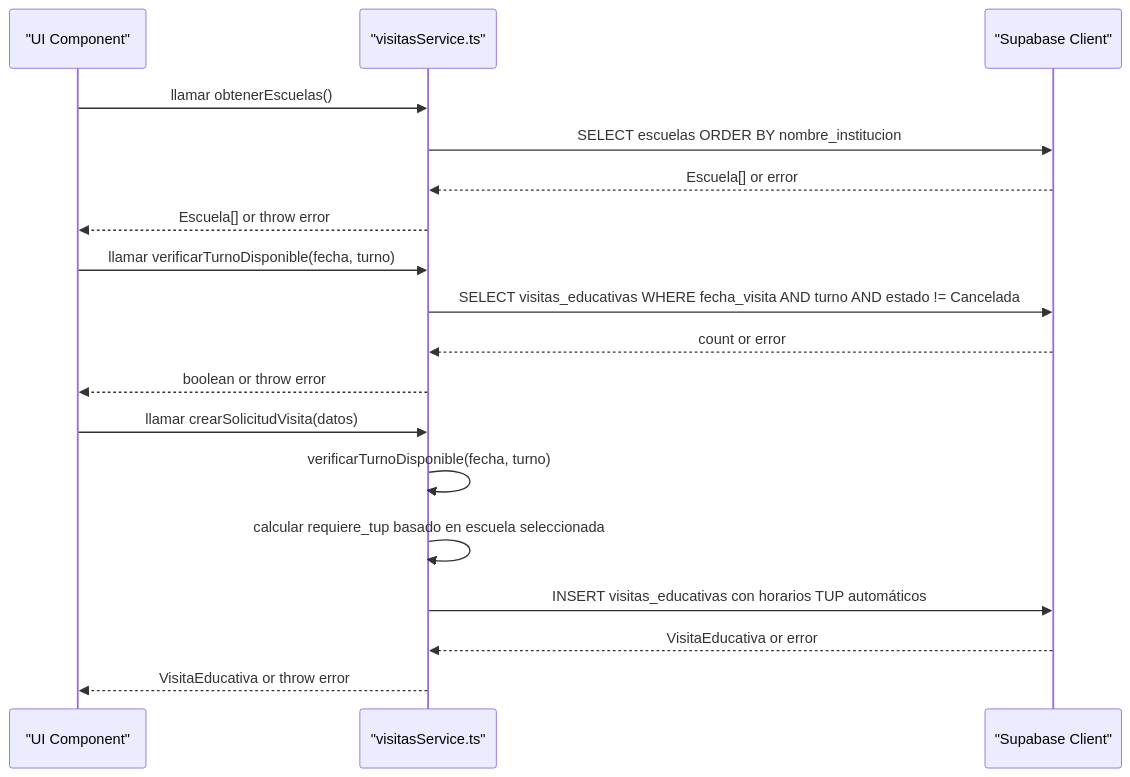
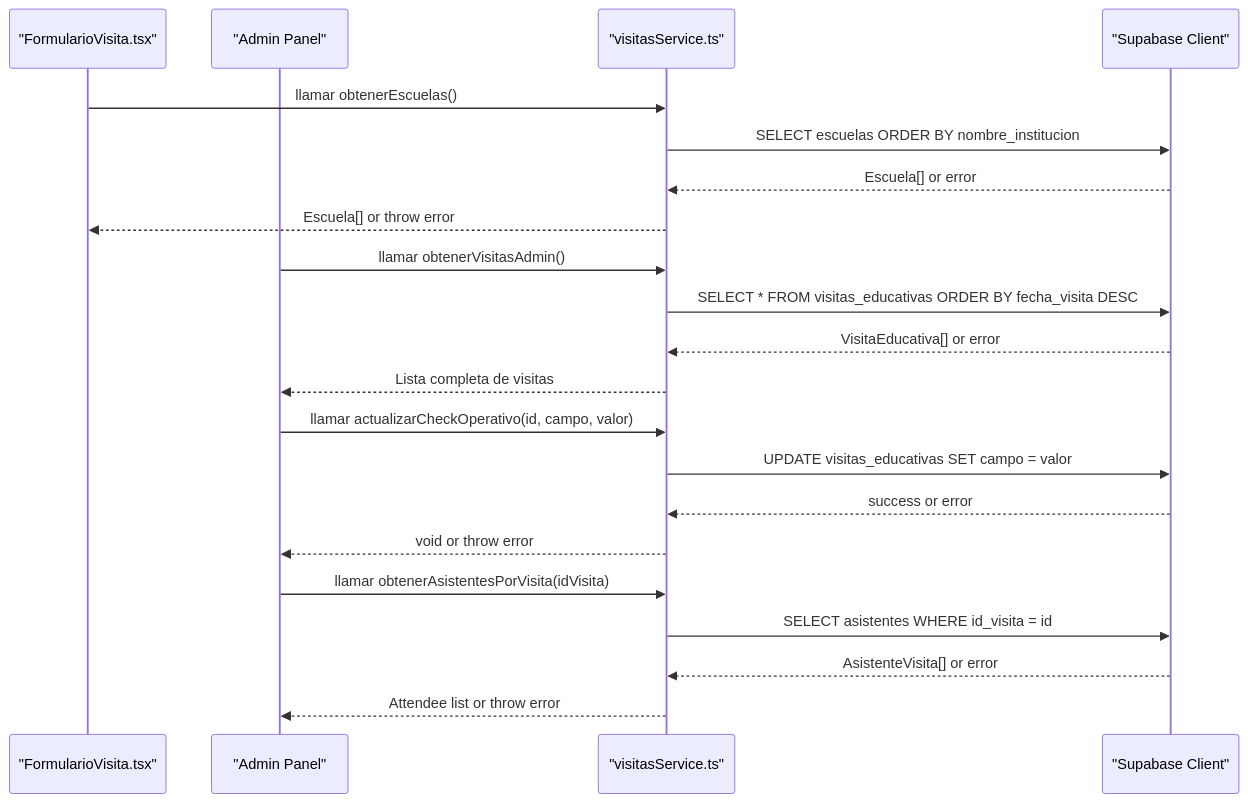
Before and after one commit to AgusCatra/simu-twin-web: the second of 4 diagrams in .qoder/repowiki/en/content/Core Services & Business Logic/Visit Management Service.md, drawn with Mermaid. The commit also changed other lines of this file and 21 other files, not shown here.

First line of the commit message:
feat(types): ampliar modelo con gestión operativa y asistentes

````diff
--- a/.qoder/repowiki/en/content/Core Services & Business Logic/Visit Management Service.md
+++ b/.qoder/repowiki/en/content/Core Services & Business Logic/Visit Management Service.md
@@ -102,20 +125,23 @@
 ```mermaid
 sequenceDiagram
-participant UI as "UI Component"
+participant UI as "FormularioVisita.tsx"
+participant ADMIN as "Admin Panel"
 participant SVC as "visitasService.ts"
 participant DB as "Supabase Client"
 UI->>SVC : llamar obtenerEscuelas()
 SVC->>DB : SELECT escuelas ORDER BY nombre_institucion
 DB-->>SVC : Escuela[] or error
 SVC-->>UI : Escuela[] or throw error
-UI->>SVC : llamar verificarTurnoDisponible(fecha, turno)
-SVC->>DB : SELECT visitas_educativas WHERE fecha_visita AND turno AND estado != Cancelada
-DB-->>SVC : count or error
-SVC-->>UI : boolean or throw error
-UI->>SVC : llamar crearSolicitudVisita(datos)
-SVC->>SVC : verificarTurnoDisponible(fecha, turno)
-SVC->>SVC : calcular requiere_tup basado en escuela seleccionada
-SVC->>DB : INSERT visitas_educativas con horarios TUP automáticos
-DB-->>SVC : VisitaEducativa or error
-SVC-->>UI : VisitaEducativa or throw error
+ADMIN->>SVC : llamar obtenerVisitasAdmin()
+SVC->>DB : SELECT * FROM visitas_educativas ORDER BY fecha_visita DESC
+DB-->>SVC : VisitaEducativa[] or error
+SVC-->>ADMIN : Lista completa de visitas
+ADMIN->>SVC : llamar actualizarCheckOperativo(id, campo, valor)
+SVC->>DB : UPDATE visitas_educativas SET campo = valor
+DB-->>SVC : success or error
+SVC-->>ADMIN : void or throw error
+ADMIN->>SVC : llamar obtenerAsistentesPorVisita(idVisita)
+SVC->>DB : SELECT asistentes WHERE id_visita = id
+DB-->>SVC : AsistenteVisita[] or error
+SVC-->>ADMIN : Attendee list or throw error
 ```
````
